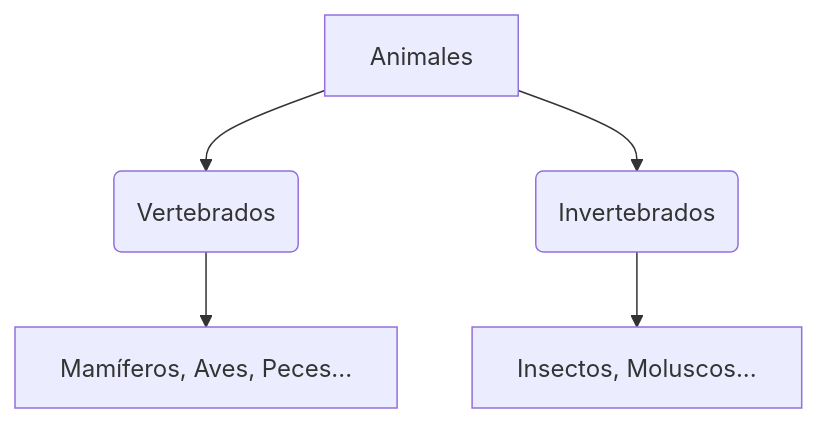
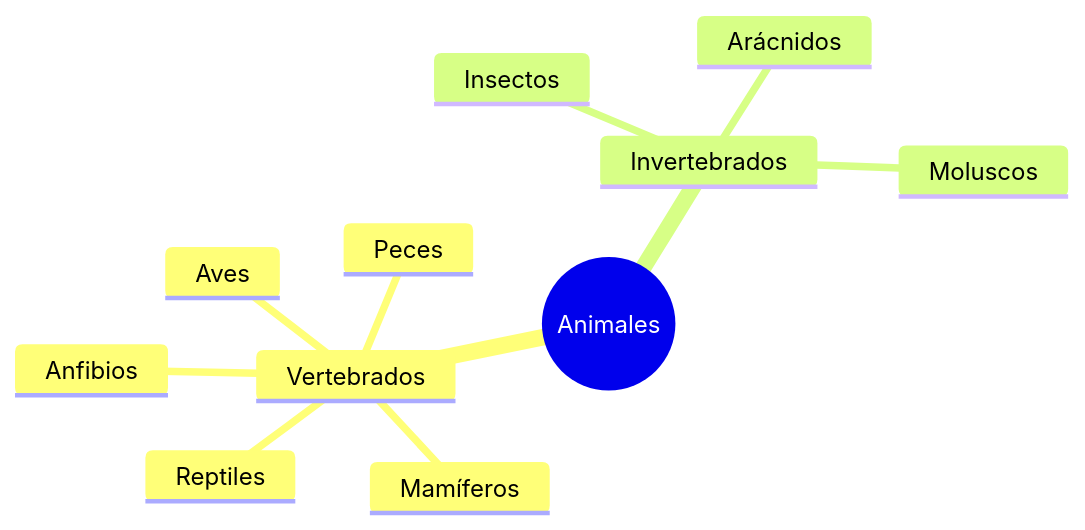
The diagram in docs/2pri/ut05-animales-del-mundo/teoria.md (aalvarezg06/Ense-anzaONLINE), drawn with Mermaid before and after one commit. The commit also changed other lines of this file and 17 other files, not shown here.

````diff
--- a/docs/2pri/ut05-animales-del-mundo/teoria.md
+++ b/docs/2pri/ut05-animales-del-mundo/teoria.md
@@ -18,7 +18,14 @@
 ```mermaid
-graph TD
-    A[Animales] --> B(Vertebrados)
-    A --> C(Invertebrados)
-    B --> D[Mamíferos, Aves, Peces...]
-    C --> E[Insectos, Moluscos...]
+mindmap
+  root((Animales))
+    Vertebrados
+      Mamíferos
+      Aves
+      Peces
+      Reptiles
+      Anfibios
+    Invertebrados
+      Insectos
+      Moluscos
+      Arácnidos
 ```
````
